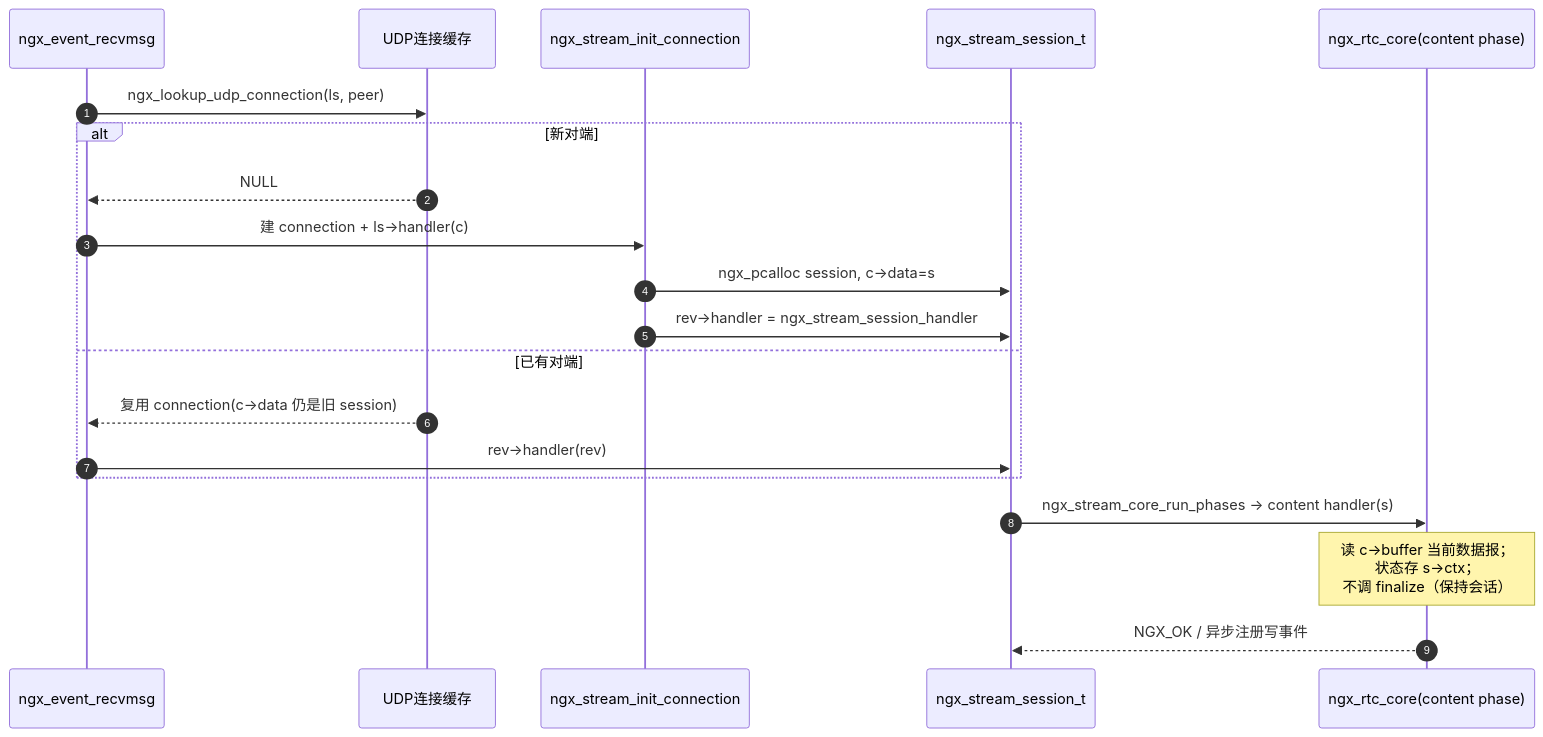
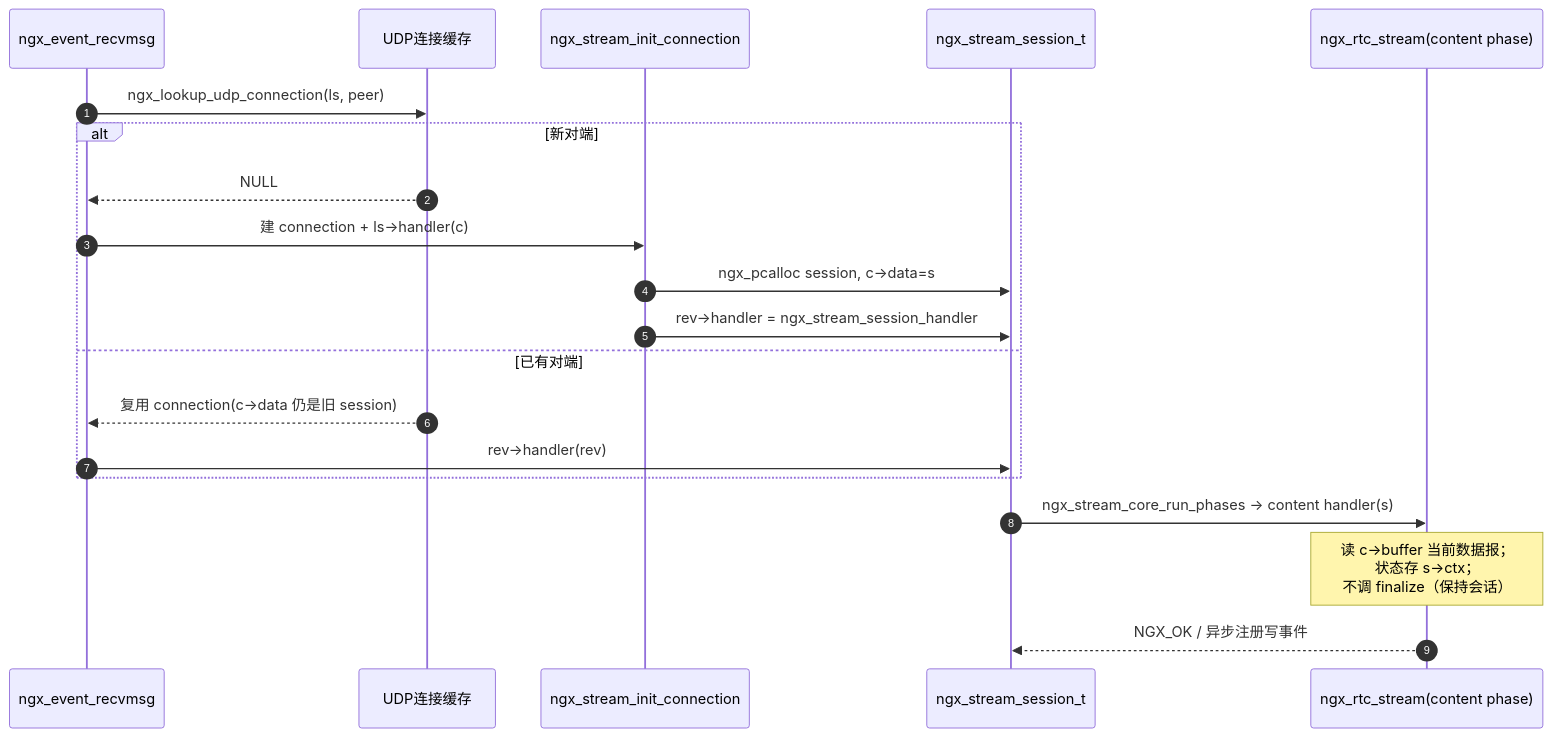
One commit to DeguiLiu/nginx-rtc-example changed the third of 3 diagrams in docs/ngx-rtc-implementation-guide.md. Above: the diagram before and after it, drawn with Mermaid. The commit also changed other lines of this file and 12 other files, not shown here.

````diff
--- a/docs/ngx-rtc-implementation-guide.md
+++ b/docs/ngx-rtc-implementation-guide.md
@@ -203,23 +222,23 @@
 ```mermaid
 sequenceDiagram
     autonumber
     participant U as ngx_event_recvmsg
     participant C as UDP连接缓存
     participant I as ngx_stream_init_connection
     participant S as ngx_stream_session_t
-    participant M as ngx_rtc_core(content phase)
+    participant M as ngx_rtc_stream(content phase)
 
     U->>C: ngx_lookup_udp_connection(ls, peer)
     alt 新对端
         C-->>U: NULL
         U->>I: 建 connection + ls->handler(c)
         I->>S: ngx_pcalloc session, c->data=s
         I->>S: rev->handler = ngx_stream_session_handler
     else 已有对端
         C-->>U: 复用 connection(c->data 仍是旧 session)
         U->>S: rev->handler(rev)
     end
     S->>M: ngx_stream_core_run_phases → content handler(s)
     Note over M: 读 c->buffer 当前数据报；<br/>状态存 s->ctx；<br/>不调 finalize（保持会话）
     M-->>S: NGX_OK / 异步注册写事件
 ```
````
